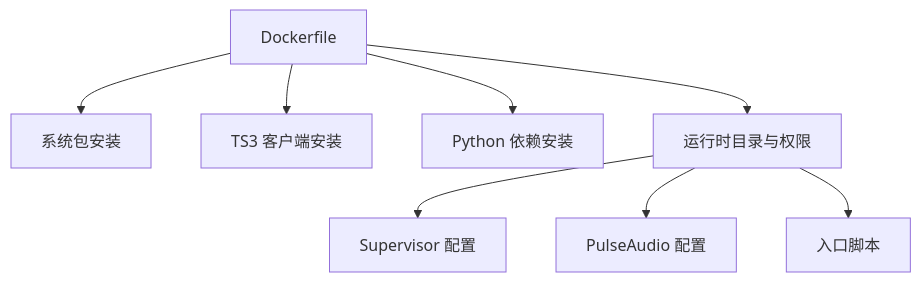
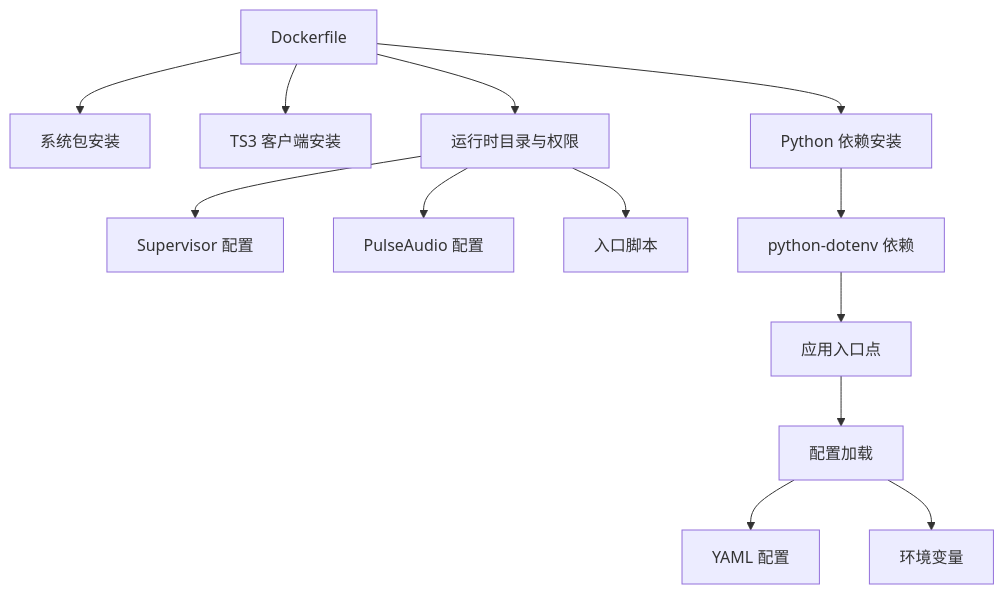
The seventh of 7 diagrams in .qoder/repowiki/zh/content/部署和运维/环境配置.md (GhoulOwl/Teamspeak3_Bot), drawn with Mermaid before and after one commit. The commit also changed other lines of this file and 7 other files, not shown here.

````diff
--- a/.qoder/repowiki/zh/content/部署和运维/环境配置.md
+++ b/.qoder/repowiki/zh/content/部署和运维/环境配置.md
@@ -267,10 +297,15 @@
 ```mermaid
 graph TB
 DF["Dockerfile"] --> SYS["系统包安装"]
 DF --> TS3["TS3 客户端安装"]
 DF --> PY["Python 依赖安装"]
 DF --> RUNTIME["运行时目录与权限"]
 RUNTIME --> SUPCFG["Supervisor 配置"]
 RUNTIME --> PACFG["PulseAudio 配置"]
 RUNTIME --> ENTRY["入口脚本"]
+PY --> DOTENV["python-dotenv 依赖"]
+DOTENV --> MAIN["应用入口点"]
+MAIN --> CONFIG["配置加载"]
+CONFIG --> YAML["YAML 配置"]
+CONFIG --> ENV["环境变量"]
 ```
````
